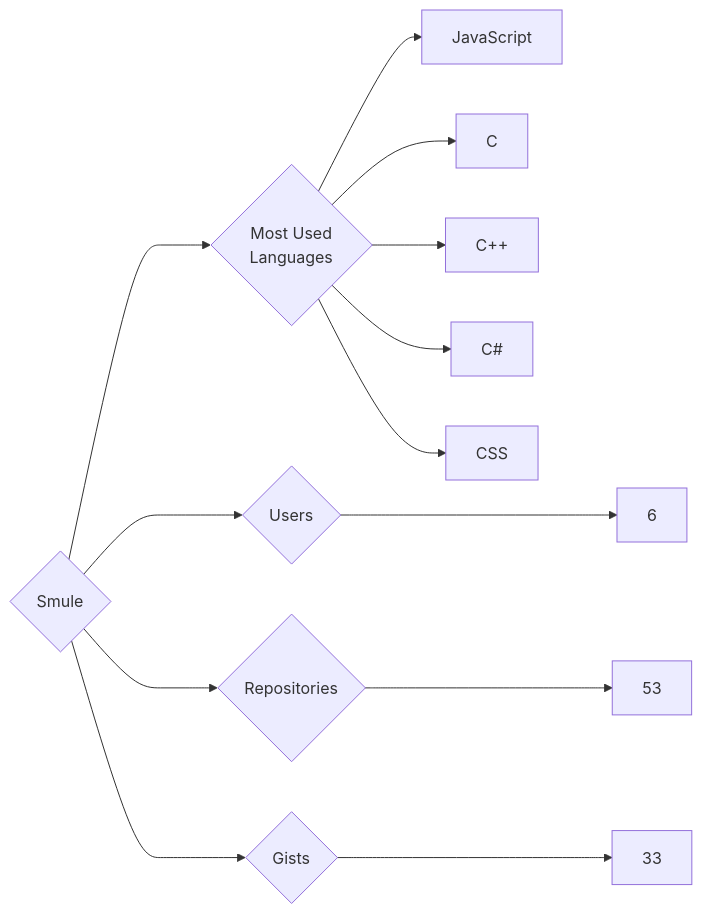
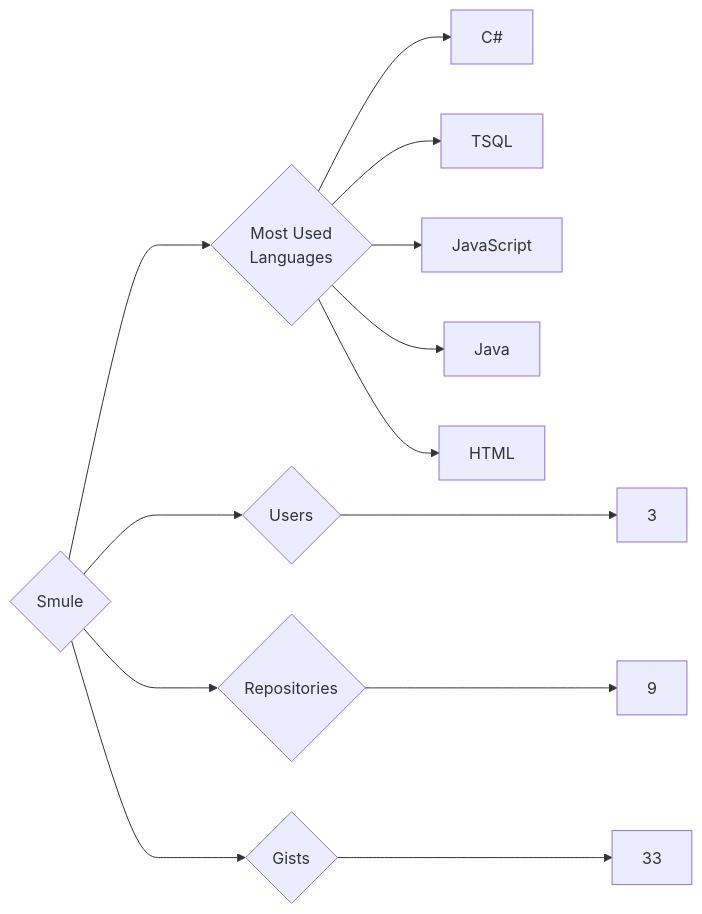
One commit to trickest/insiders changed the diagram in targets/Smule/README.md. Above: the diagram before and after it, drawn with Mermaid. The commit also changed 787 other files, not shown here.

````diff
--- a/targets/Smule/README.md
+++ b/targets/Smule/README.md
@@ -3,13 +3,13 @@
 ```mermaid
 graph LR
 COMPANY_NAME{Smule}
-COMPANY_NAME ---> U{Users} ---> UN[6]
-COMPANY_NAME ---> R{Repositories} ---> RN[53]
+COMPANY_NAME ---> U{Users} ---> UN[3]
+COMPANY_NAME ---> R{Repositories} ---> RN[9]
 COMPANY_NAME ---> G{Gists} ---> GN[33]
 COMPANY_NAME ---> ML{Most Used<br>Languages}
+ML --> C#[C#]
+ML --> TSQL[TSQL]
 ML --> JavaScript[JavaScript]
-ML --> C[C]
-ML --> C++[C++]
-ML --> C#[C#]
-ML --> CSS[CSS]
+ML --> Java[Java]
+ML --> HTML[HTML]
 ```
````
